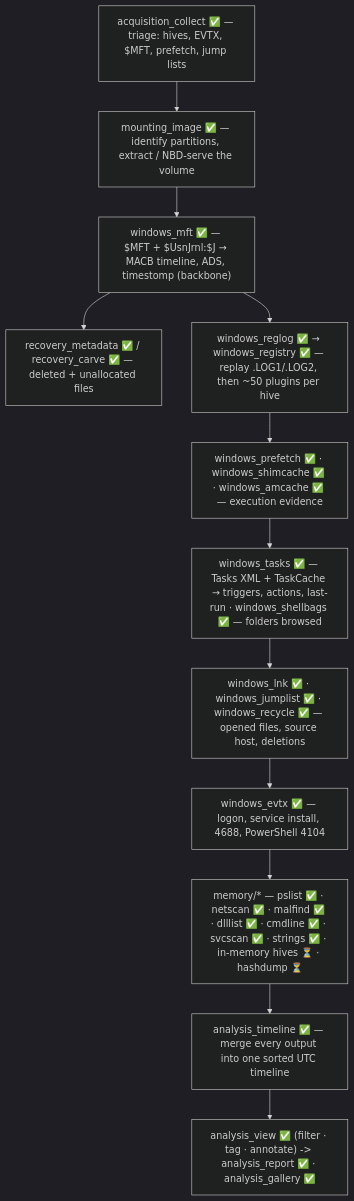
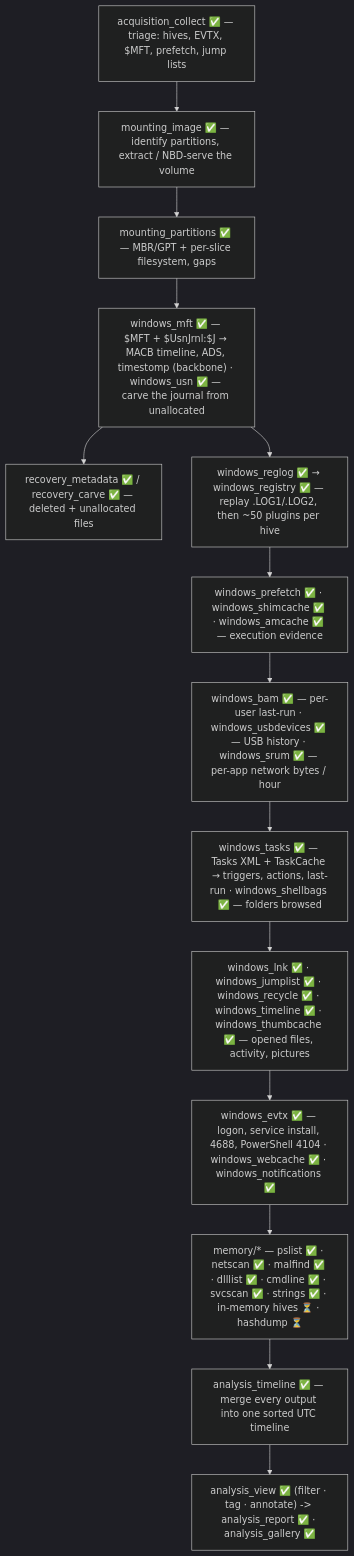
One commit to mostafaimam/Forensics-Tools changed the second of 4 diagrams in README.md. Above: the diagram before and after it, drawn with Mermaid (dark theme). The commit also changed other lines of this file, not shown here.

First line of the commit message:
README: mark the ESE stack + 7 more windows tools + mounting_partitions as v0.1

````diff
--- a/README.md
+++ b/README.md
@@ -302,14 +306,16 @@
 ```mermaid
 flowchart TD
     A["acquisition_collect ✅ — triage: hives, EVTX, $MFT, prefetch, jump lists"] --> B["mounting_image ✅ — identify partitions, extract / NBD-serve the volume"]
-    B --> C["windows_mft ✅ — $MFT + $UsnJrnl:$J → MACB timeline, ADS, timestomp (backbone)"]
+    B --> MP["mounting_partitions ✅ — MBR/GPT + per-slice filesystem, gaps"]
+    MP --> C["windows_mft ✅ — $MFT + $UsnJrnl:$J → MACB timeline, ADS, timestomp (backbone) · windows_usn ✅ — carve the journal from unallocated"]
     C --> RC["recovery_metadata ✅ / recovery_carve ✅ — deleted + unallocated files"]
     C --> D["windows_reglog ✅ → windows_registry ✅ — replay .LOG1/.LOG2, then ~50 plugins per hive"]
     D --> E["windows_prefetch ✅ · windows_shimcache ✅ · windows_amcache ✅ — execution evidence"]
-    E --> TS["windows_tasks ✅ — Tasks XML + TaskCache → triggers, actions, last-run · windows_shellbags ✅ — folders browsed"]
-    TS --> F["windows_lnk ✅ · windows_jumplist ✅ · windows_recycle ✅ — opened files, source host, deletions"]
-    F --> G["windows_evtx ✅ — logon, service install, 4688, PowerShell 4104"]
+    E --> BAM["windows_bam ✅ — per-user last-run · windows_usbdevices ✅ — USB history · windows_srum ✅ — per-app network bytes / hour"]
+    BAM --> TS["windows_tasks ✅ — Tasks XML + TaskCache → triggers, actions, last-run · windows_shellbags ✅ — folders browsed"]
+    TS --> F["windows_lnk ✅ · windows_jumplist ✅ · windows_recycle ✅ · windows_timeline ✅ · windows_thumbcache ✅ — opened files, activity, pictures"]
+    F --> G["windows_evtx ✅ — logon, service install, 4688, PowerShell 4104 · windows_webcache ✅ · windows_notifications ✅"]
     G --> H["memory/* — pslist ✅ · netscan ✅ · malfind ✅ · dlllist ✅ · cmdline ✅ · svcscan ✅ · strings ✅ · in-memory hives ⏳ · hashdump ⏳"]
     H --> I["analysis_timeline ✅ — merge every output into one sorted UTC timeline"]
     I --> J["analysis_view ✅ (filter · tag · annotate) -> analysis_report ✅ · analysis_gallery ✅"]
 ```
````
